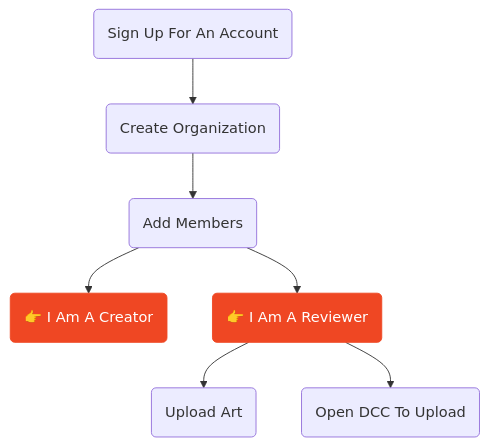
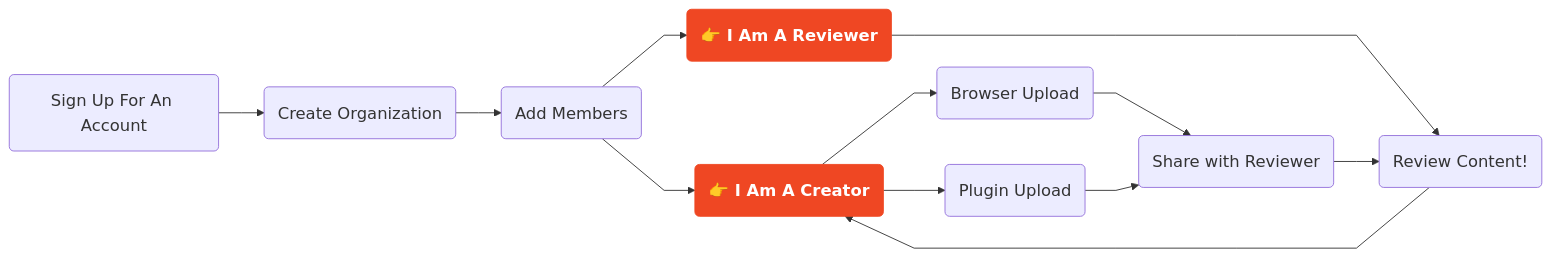
Before and after one commit to 180-studios/shale-docs: the diagram in src/content/docs/01_Getting_Started/introduction.mdx, drawn with Mermaid. The commit also changed other lines of this file and 101 other files, not shown here.

````diff
--- a/src/content/docs/01_Getting_Started/introduction.mdx
+++ b/src/content/docs/01_Getting_Started/introduction.mdx
@@ -35,14 +64,19 @@
 ```mermaid
-flowchart TD
+%%{init: {'flowchart': {'curve': 'linear'}, 'themeVariables': {'fontSize': '18px'}}}%%
+flowchart LR
   A(Sign Up For An Account)
   A --> B(Create Organization)
   B --> C(Add Members)
-  C --> D(👉 I Am A Creator) & E(👉 I Am A Reviewer)
-  E --> F(Upload Art) & G(Open DCC To Upload)
+  C --> D("<b>👉 I Am A Creator</b>") & E("<b>👉 I Am A Reviewer</b>")
+  D --> F(Browser Upload) & G(Plugin Upload)
+  E ----> H(Review Content!)
+  F & G --> I(Share with Reviewer)
+  I --> H
+  H --> D
 
-  click D href "/shale-docs/creator/creator-quick-start" "Creator Quick Start"
-  click E href "/shale-docs/reviewer" "Reviewer Docs"
+  click D href "/02_creator/creator-quick-start" "Creator Quick Start"
+  click E href "/03_reviewer/reviewer-quick-start" "Reviewer Quick Start"
 
-  style D fill:#ef4723,color:#fff,stroke:#ef4723,cursor:pointer
-  style E fill:#ef4723,color:#fff,stroke:#ef4723,cursor:pointer
+  style D fill:#ef4723,color:#fff,stroke:#ef4723,cursor:pointer,font-weight:bold
+  style E fill:#ef4723,color:#fff,stroke:#ef4723,cursor:pointer,font-weight:bold
 ```
````
